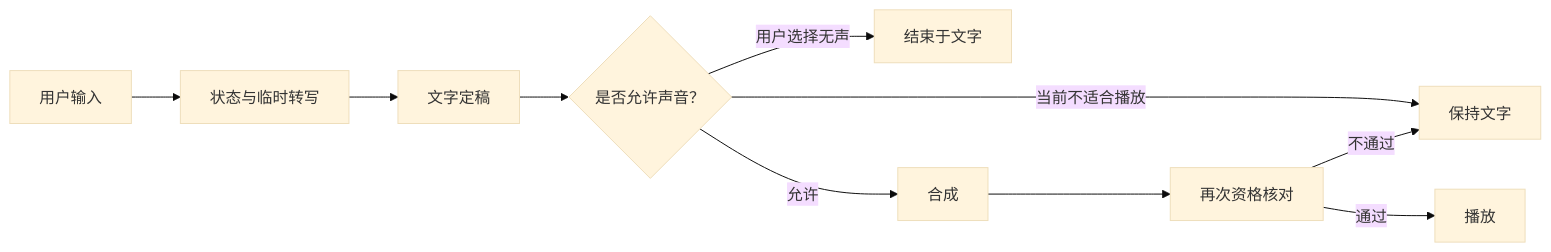
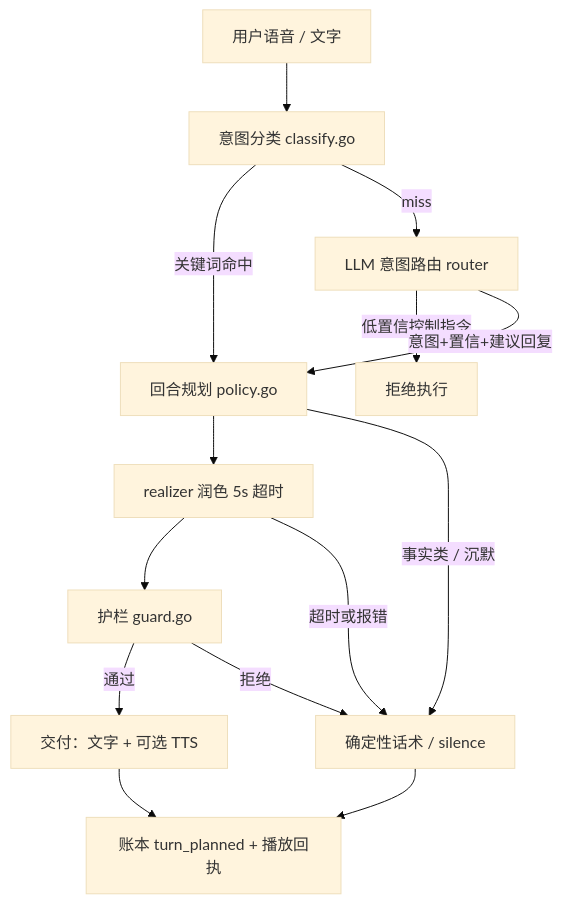
One commit to weiz98417-crypto/qiuqiu changed the diagram in docs/球球全套资料/5.AI Coding工程实践/50-陪看运行时、对话生成与TTS.md. Above: the diagram before and after it, drawn with Mermaid (base theme). The commit also changed other lines of this file and 38 other files, not shown here.

````diff
--- a/docs/球球全套资料/5.AI Coding工程实践/50-陪看运行时、对话生成与TTS.md
+++ b/docs/球球全套资料/5.AI Coding工程实践/50-陪看运行时、对话生成与TTS.md
@@ -747,12 +40,16 @@
 ```mermaid
-flowchart LR
-    A[用户输入] --> B[状态与临时转写]
-    B --> C[文字定稿]
-    C --> D{是否允许声音？}
-    D -->|用户选择无声| E[结束于文字]
-    D -->|当前不适合播放| F[保持文字]
-    D -->|允许| G[合成]
-    G --> H[再次资格核对]
-    H -->|通过| I[播放]
-    H -->|不通过| F
+flowchart TD
+    A[用户语音 / 文字] --> B[意图分类 classify.go]
+    B -->|关键词命中| D[回合规划 policy.go]
+    B -->|miss| C[LLM 意图路由 router]
+    C -->|低置信控制指令| X[拒绝执行]
+    C -->|意图+置信+建议回复| D
+    D --> E[realizer 润色 5s 超时]
+    D -->|事实类 / 沉默| F[确定性话术 / silence]
+    E --> G[护栏 guard.go]
+    E -->|超时或报错| F
+    G -->|通过| H[交付：文字 + 可选 TTS]
+    G -->|拒绝| F
+    H --> I[账本 turn_planned + 播放回执]
+    F --> I
 ```
````
